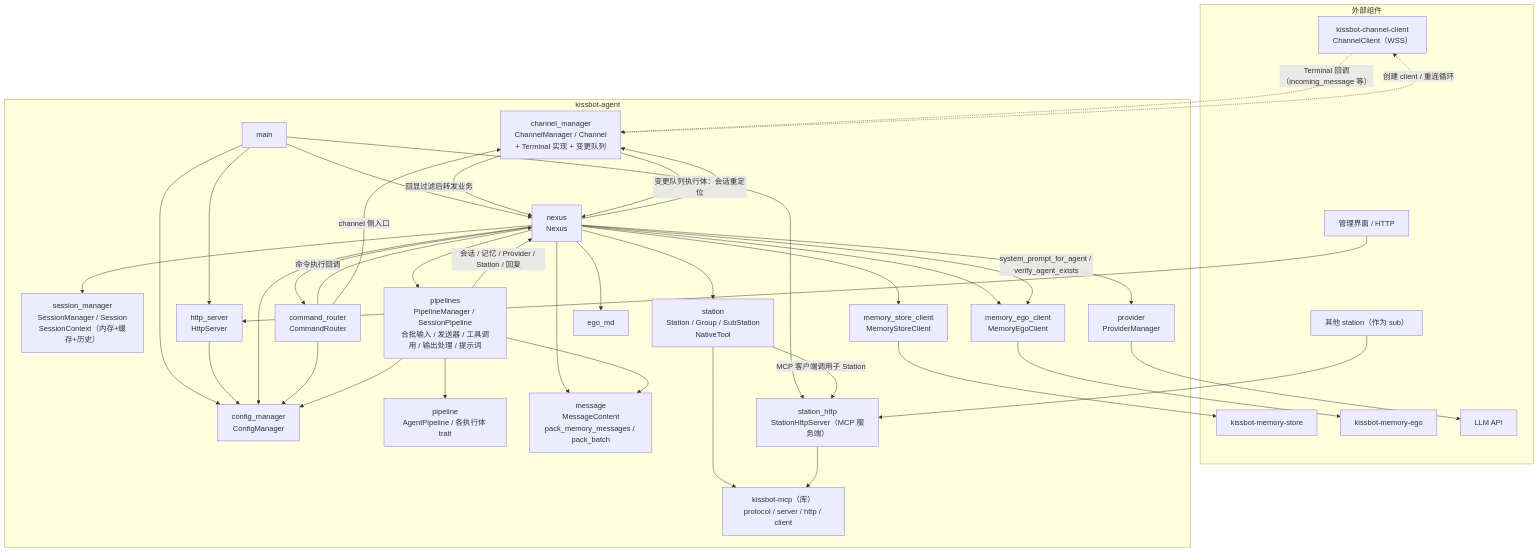
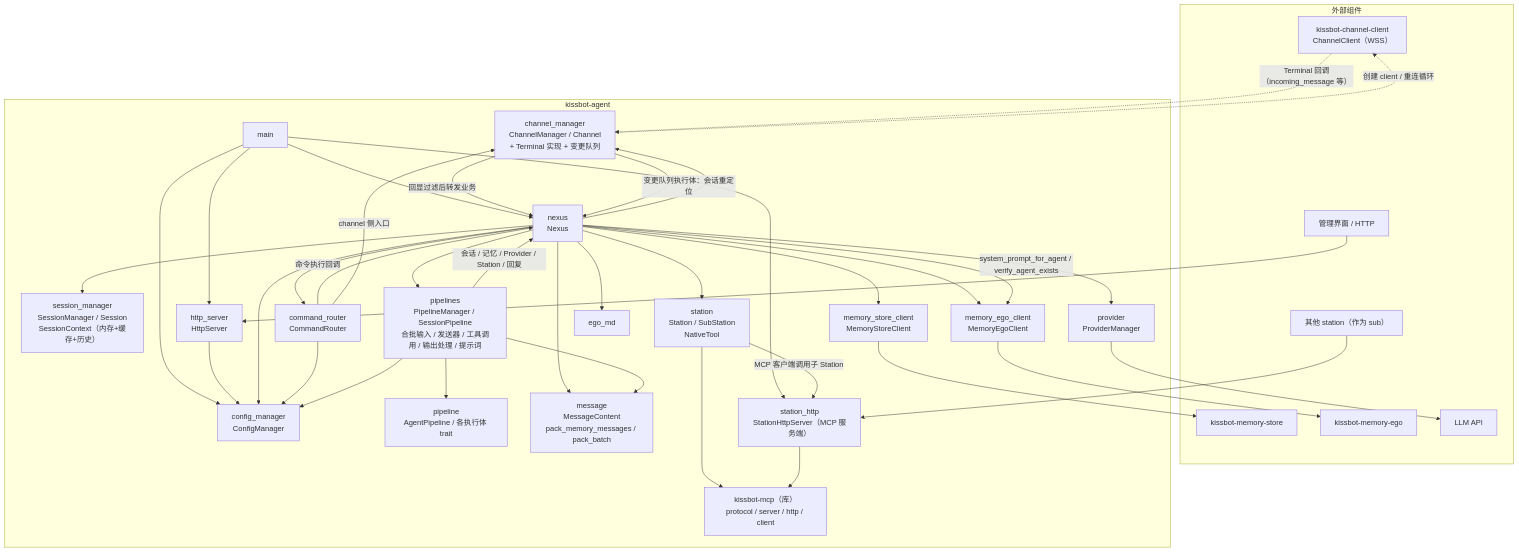
The first of 5 diagrams in docs/spec/agent-modules.md (coldcloude/kissbot), drawn with Mermaid before and after one commit. The commit also changed other lines of this file and 6 other files, not shown here.

````diff
--- a/docs/spec/agent-modules.md
+++ b/docs/spec/agent-modules.md
@@ -30,68 +30,68 @@
 ```mermaid
 graph TB
     subgraph Ext["外部组件"]
         CC["kissbot-channel-client<br/>ChannelClient（WSS）"]
         MS["kissbot-memory-store"]
         EG["kissbot-memory-ego"]
         LLM["LLM API"]
         UI["管理界面 / HTTP"]
         SUB["其他 station（作为 sub）"]
     end
 
     subgraph Agent["kissbot-agent"]
         MAIN["main"]
         CFG["config_manager<br/>ConfigManager"]
         CO["nexus<br/>Nexus"]
         CHM["channel_manager<br/>ChannelManager / Channel<br/>+ Terminal 实现 + 变更队列"]
         SM["session_manager<br/>SessionManager / Session<br/>SessionContext（内存+缓存+历史）"]
         PL["pipeline<br/>AgentPipeline / 各执行体 trait"]
         PLS["pipelines<br/>PipelineManager / SessionPipeline<br/>合批输入 / 发送器 / 工具调用 / 输出处理 / 提示词"]
         CRT["command_router<br/>CommandRouter"]
         MSG["message<br/>MessageContent<br/>pack_memory_messages / pack_batch"]
         MSC["memory_store_client<br/>MemoryStoreClient"]
         MEC["memory_ego_client<br/>MemoryEgoClient"]
         PRV["provider<br/>ProviderManager"]
-        ST["station<br/>Station / Group / SubStation<br/>NativeTool"]
+        ST["station<br/>Station / SubStation<br/>NativeTool"]
         EGO["ego_md"]
         HS["http_server<br/>HttpServer"]
         SHS["station_http<br/>StationHttpServer（MCP 服务端）"]
         MCP["kissbot-mcp（库）<br/>protocol / server / http / client"]
     end
 
     MAIN --> CFG
     MAIN --> CO
     MAIN --> HS
     MAIN --> SHS
     HS --> CFG
     CO --> CFG
     CO --> CHM
     CO --> SM
     CO --> PLS
     CO --> MSG
     CO --> MSC
     CO --> MEC
     CO --> PRV
     CO --> ST
     CO --> EGO
     CO --> CRT
     CRT --> CFG
     CRT -->|命令执行回调| CO
     CRT -->|channel 侧入口| CHM
     PLS --> PL
     PLS --> CFG
     PLS --> MSG
     PLS -->|会话 / 记忆 / Provider / Station / 回复| CO
     CHM -. 创建 client / 重连循环 .-> CC
     CC -. Terminal 回调（incoming_message 等） .-> CHM
     CHM -->|回显过滤后转发业务| CO
     CHM -->|变更队列执行体：会话重定位| CO
     MSC --> MS
     CO -->|system_prompt_for_agent / verify_agent_exists| MEC
     MEC --> EG
     PRV --> LLM
     ST --> MCP
     SHS --> MCP
     ST -->|MCP 客户端调用子 Station| SHS
     SUB --> SHS
     UI --> HS
 ```
````
